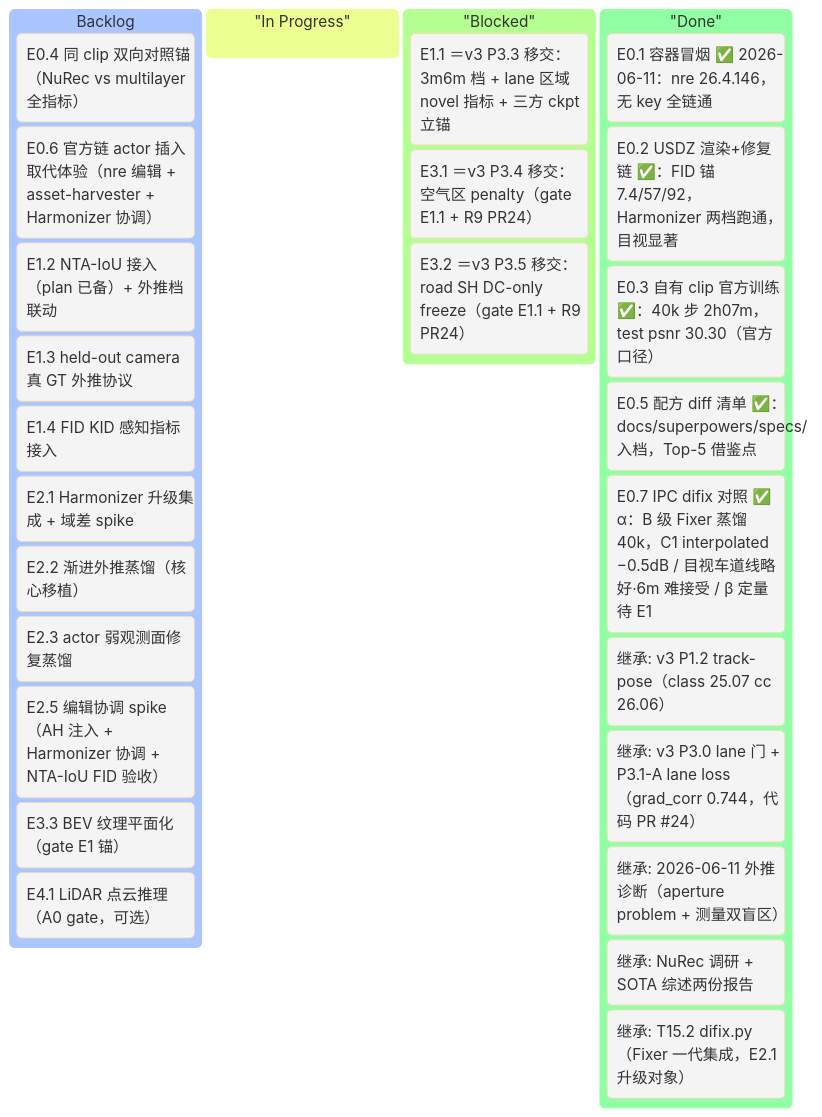
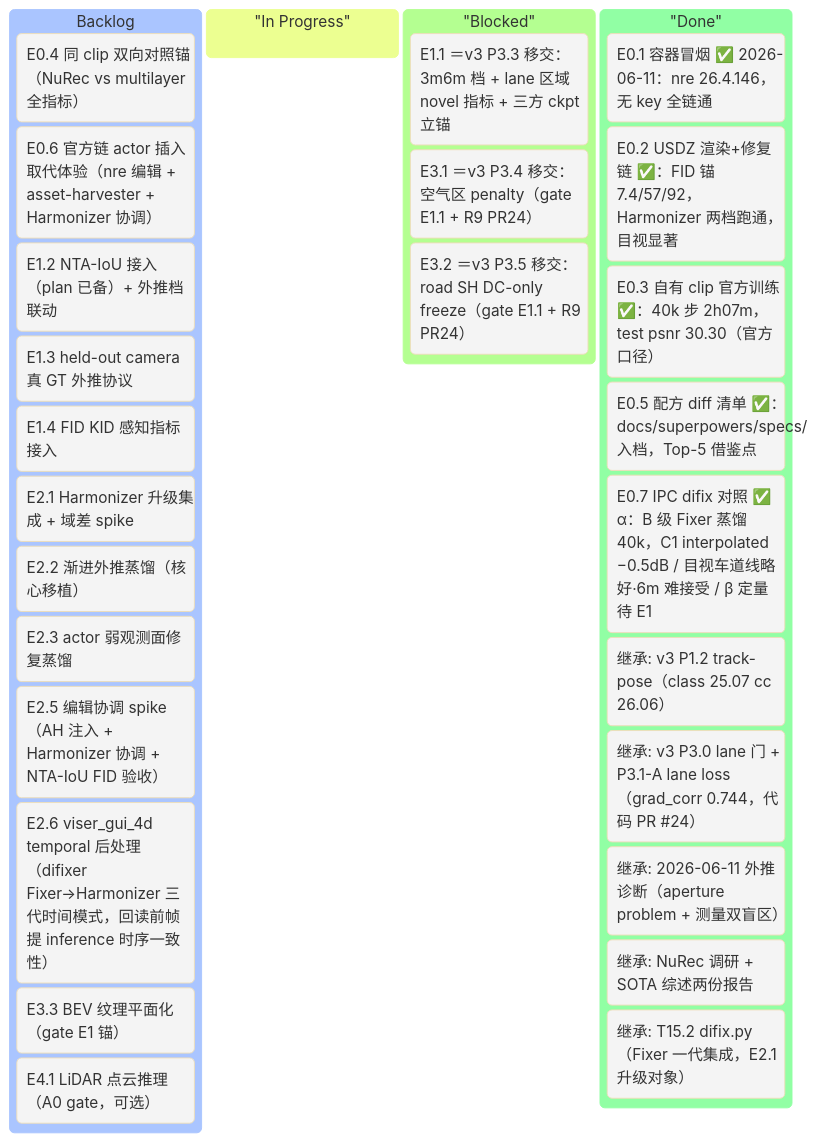
Before and after one commit to etendue/3dgrut: the first of 2 diagrams in v4_plan.md, drawn with Mermaid. The commit also changed other lines of this file, not shown here.

First line of the commit message:
docs(plan): E0.7 措辞校正 + 新增 E2.6 viser temporal Harmonizer 后处理

````diff
--- a/v4_plan.md
+++ b/v4_plan.md
@@ -67,35 +67,36 @@
 ```mermaid
 %%{init: {'theme':'base'}}%%
 kanban
     Backlog
         [E0.4 同 clip 双向对照锚（NuRec vs multilayer 全指标）]
         [E0.6 官方链 actor 插入取代体验（nre 编辑 + asset-harvester + Harmonizer 协调）]
         [E1.2 NTA-IoU 接入（plan 已备）+ 外推档联动]
         [E1.3 held-out camera 真 GT 外推协议]
         [E1.4 FID KID 感知指标接入]
         [E2.1 Harmonizer 升级集成 + 域差 spike]
         [E2.2 渐进外推蒸馏（核心移植）]
         [E2.3 actor 弱观测面修复蒸馏]
         [E2.5 编辑协调 spike（AH 注入 + Harmonizer 协调 + NTA-IoU FID 验收）]
+        [E2.6 viser_gui_4d temporal 后处理（difixer Fixer→Harmonizer 三代时间模式，回读前帧提 inference 时序一致性）]
         [E3.3 BEV 纹理平面化（gate E1 锚）]
         [E4.1 LiDAR 点云推理（A0 gate，可选）]
 
     "In Progress"
 
     "Blocked"
         [E1.1 ＝v3 P3.3 移交：3m6m 档 + lane 区域 novel 指标 + 三方 ckpt 立锚]
         [E3.1 ＝v3 P3.4 移交：空气区 penalty（gate E1.1 + R9 PR24）]
         [E3.2 ＝v3 P3.5 移交：road SH DC-only freeze（gate E1.1 + R9 PR24）]
 
     "Done"
         [E0.1 容器冒烟 ✅ 2026-06-11：nre 26.4.146，无 key 全链通]
         [E0.2 USDZ 渲染+修复链 ✅：FID 锚 7.4/57/92，Harmonizer 两档跑通，目视显著]
         [E0.3 自有 clip 官方训练 ✅：40k 步 2h07m，test psnr 30.30（官方口径）]
         [E0.5 配方 diff 清单 ✅：docs/superpowers/specs/ 入档，Top-5 借鉴点]
         [E0.7 IPC difix 对照 ✅ α：B 级 Fixer 蒸馏 40k，C1 interpolated −0.5dB / 目视车道线略好·6m 难接受 / β 定量待 E1]
         [继承: v3 P1.2 track-pose（class 25.07 cc 26.06）]
         [继承: v3 P3.0 lane 门 + P3.1-A lane loss（grad_corr 0.744，代码 PR #24）]
         [继承: 2026-06-11 外推诊断（aperture problem + 测量双盲区）]
         [继承: NuRec 调研 + SOTA 综述两份报告]
         [继承: T15.2 difix.py（Fixer 一代集成，E2.1 升级对象）]
 ```
````
